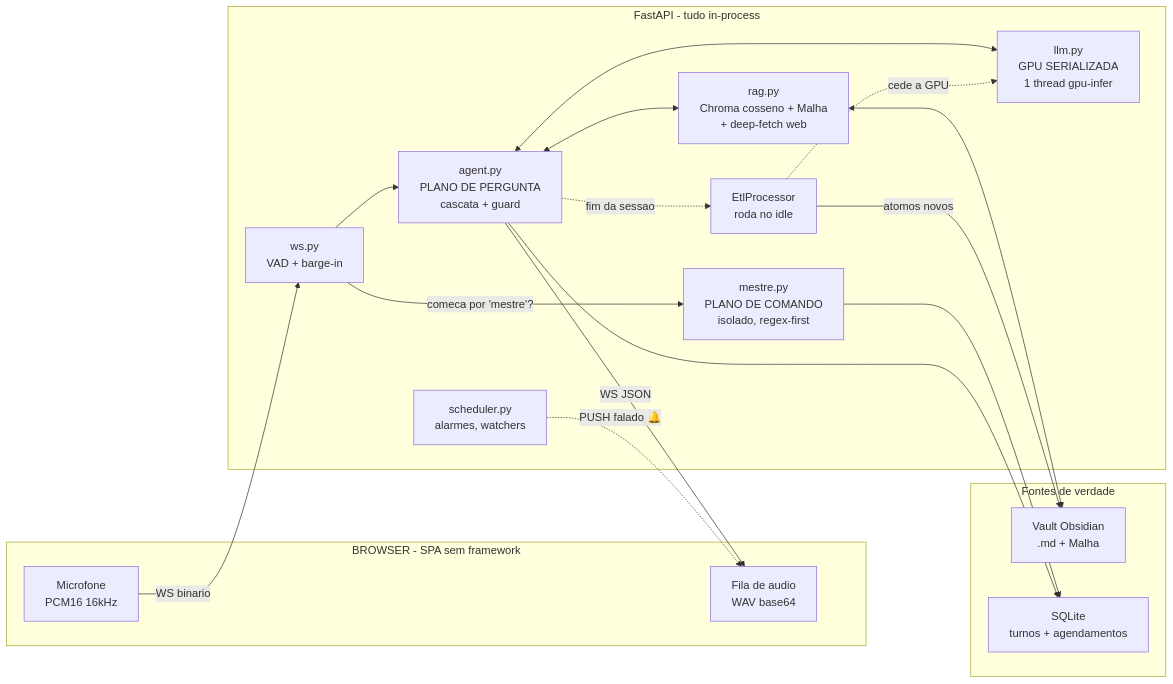
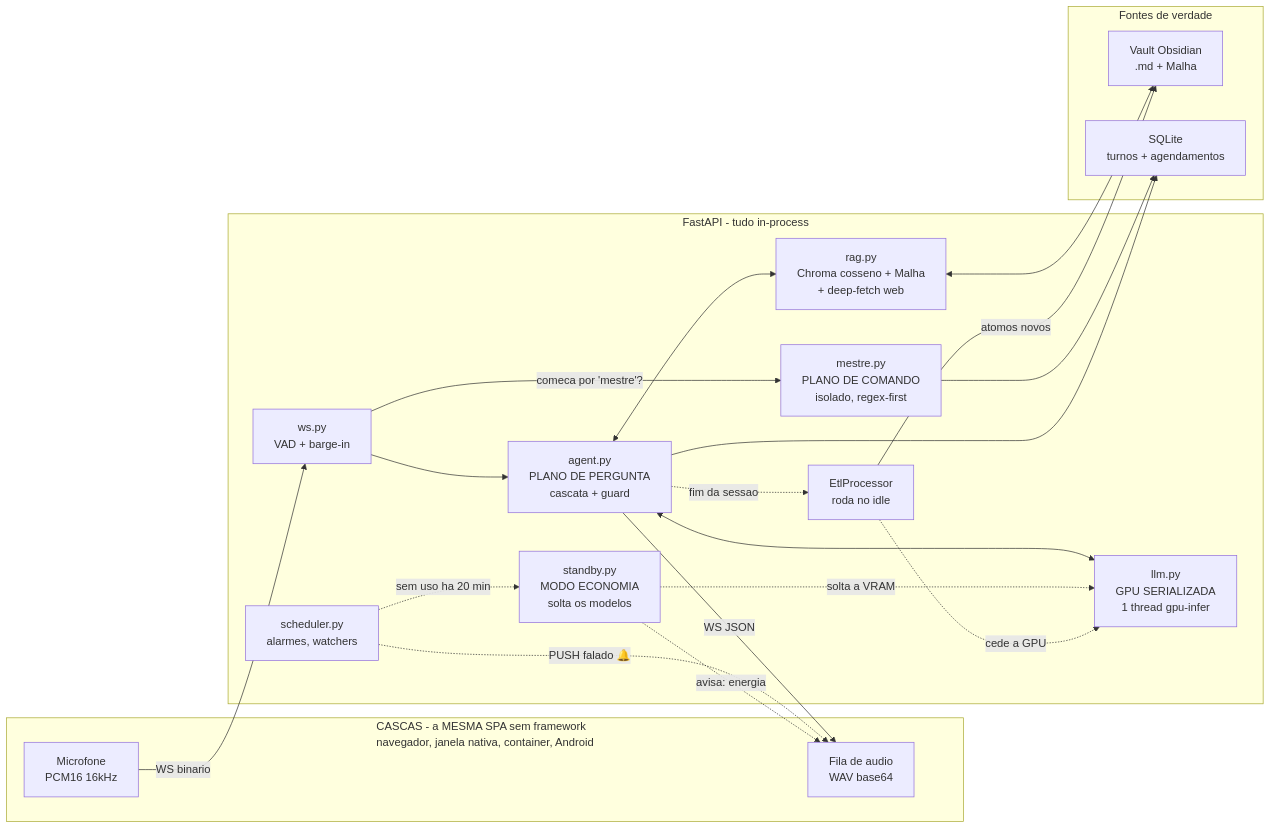
One commit to danielpvp22/mente_digital changed the diagram in README.md. Above: the diagram before and after it, drawn with Mermaid. The commit also changed other lines of this file and 4 other files, not shown here.

````diff
--- a/README.md
+++ b/README.md
@@ -111,33 +113,37 @@
 ```mermaid
 flowchart LR
-    subgraph CLIENTE["BROWSER - SPA sem framework"]
+    subgraph CLIENTE["CASCAS - a MESMA SPA sem framework<br/>navegador, janela nativa, container, Android"]
         MIC["Microfone<br/>PCM16 16kHz"]
         SPK["Fila de audio<br/>WAV base64"]
     end
     subgraph SERVIDOR["FastAPI - tudo in-process"]
         WS["ws.py<br/>VAD + barge-in"]
         MST["mestre.py<br/>PLANO DE COMANDO<br/>isolado, regex-first"]
         AG["agent.py<br/>PLANO DE PERGUNTA<br/>cascata + guard"]
         LLM["llm.py<br/>GPU SERIALIZADA<br/>1 thread gpu-infer"]
         RAG["rag.py<br/>Chroma cosseno + Malha<br/>+ deep-fetch web"]
         SCH["scheduler.py<br/>alarmes, watchers"]
         ETL["EtlProcessor<br/>roda no idle"]
+        STB["standby.py<br/>MODO ECONOMIA<br/>solta os modelos"]
     end
     subgraph DADOS["Fontes de verdade"]
         VAULT["Vault Obsidian<br/>.md + Malha"]
         SQL["SQLite<br/>turnos + agendamentos"]
     end
     MIC -->|"WS binario"| WS
     WS -->|"comeca por 'mestre'?"| MST
     WS --> AG
     MST --> SQL
     AG <--> LLM
     AG <--> RAG
     AG -->|"WS JSON"| SPK
     RAG <--> VAULT
     AG --> SQL
     SCH -.->|"PUSH falado 🔔"| SPK
+    SCH -.->|"sem uso ha 20 min"| STB
+    STB -.->|"solta a VRAM"| LLM
+    STB -.->|"avisa: energia"| SPK
     AG -.->|"fim da sessao"| ETL
     ETL -->|"atomos novos"| VAULT
     ETL -.->|"cede a GPU"| LLM
 ```
````
